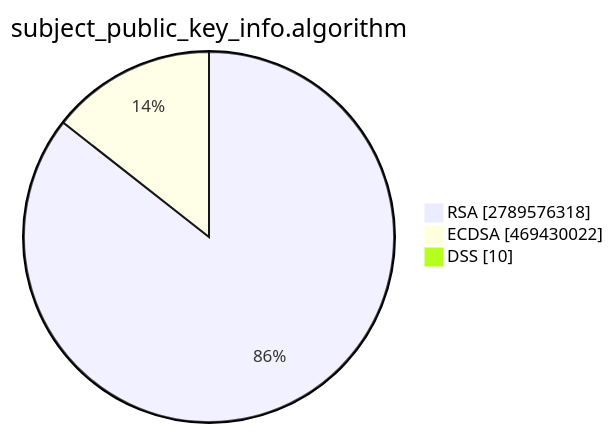
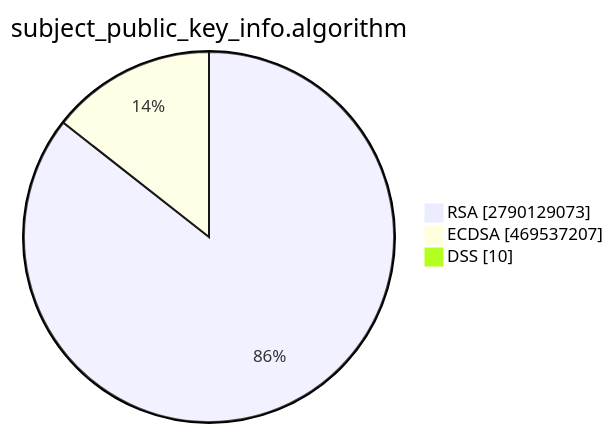
The second of 15 diagrams in TOTAL/README.md (christiankrug/ctmonitor_visualization), drawn with Mermaid before and after one commit. The commit also changed other lines of this file, not shown here.

````diff
--- a/TOTAL/README.md
+++ b/TOTAL/README.md
@@ -6,7 +6,7 @@
 ```mermaid
 pie showData
 title subject_public_key_info.algorithm
-"RSA" :2789576318
-"ECDSA" :469430022
+"RSA" :2790129073
+"ECDSA" :469537207
 "DSS" :10
 ```
````
